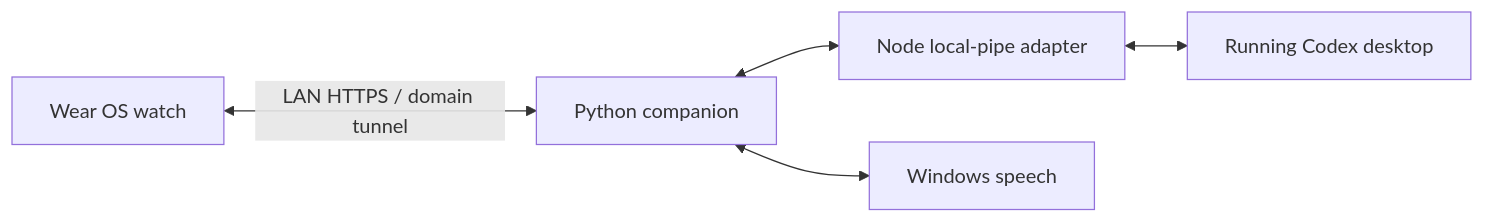
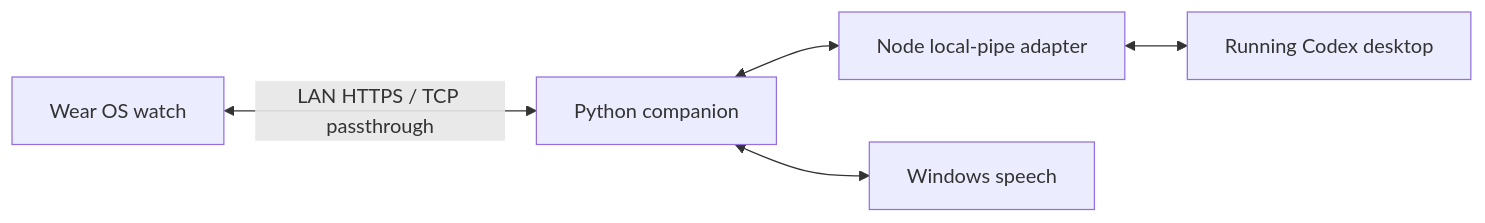
One commit to cyuni1996/chatgpt-watch changed the diagram in docs/DEVELOPMENT.md. Above: the diagram before and after it, drawn with Mermaid. The commit also changed other lines of this file and 44 other files, not shown here.

````diff
--- a/docs/DEVELOPMENT.md
+++ b/docs/DEVELOPMENT.md
@@ -15,7 +15,7 @@
 ```mermaid
 flowchart LR
-    W[Wear OS watch] <-->|LAN HTTPS / domain tunnel| B[Python companion]
+    W[Wear OS watch] <-->|LAN HTTPS / TCP passthrough| B[Python companion]
     B <--> N[Node local-pipe adapter]
     N <--> C[Running Codex desktop]
     B <--> S[Windows speech]
 ```
````
